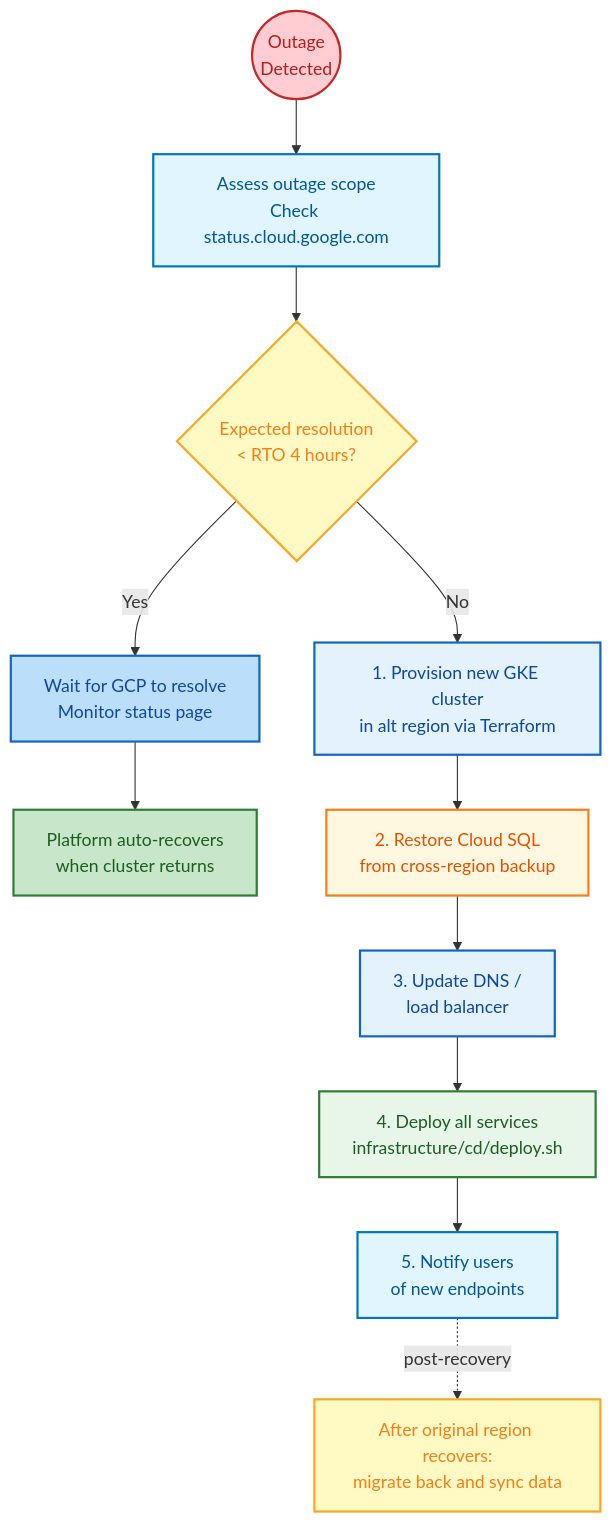
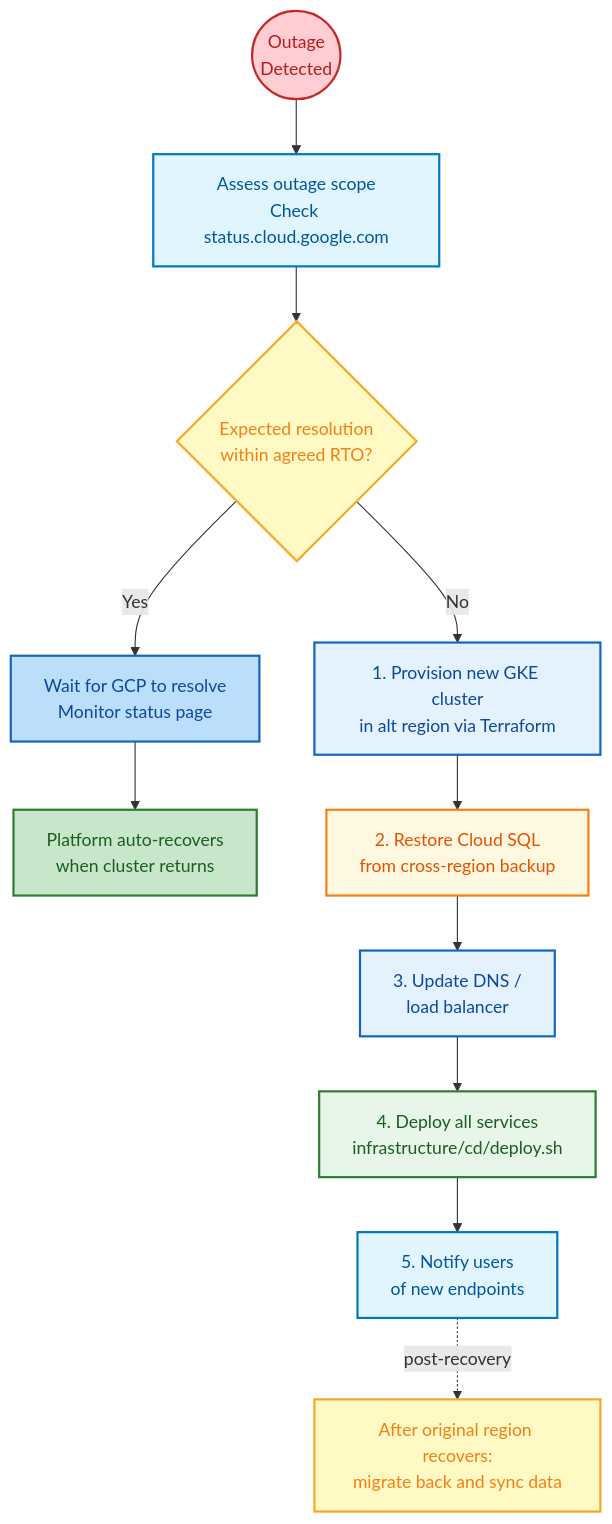
Before and after one commit to b4uharsha/newgraph: the fourth of 4 diagrams in documentation/src/content/docs/operations/disaster-recovery-runbook.md, drawn with Mermaid. The commit also changed other lines of this file and 88 other files, not shown here.

````diff
--- a/documentation/src/content/docs/operations/disaster-recovery-runbook.md
+++ b/documentation/src/content/docs/operations/disaster-recovery-runbook.md
@@ -533,34 +526,34 @@
 ```mermaid
 flowchart TD
     accTitle: GKE Failover Decision Tree
-    accDescr: Decision logic for GKE cluster outage — wait for recovery or failover to an alternative region based on expected resolution time versus the 4-hour RTO.
+    accDescr: Decision logic for GKE cluster outage — wait for recovery or failover to an alternative region based on expected resolution time versus the agreed RTO.
 
     START(("Outage<br>Detected")):::error
     CHECK["Assess outage scope<br>Check status.cloud.google.com"]:::process
-    DECIDE{"Expected resolution<br>< RTO 4 hours?"}:::warning
+    DECIDE{"Expected resolution<br>within agreed RTO?"}:::warning
 
     WAIT["Wait for GCP to resolve<br>Monitor status page"]:::info
     RECOVER["Platform auto-recovers<br>when cluster returns"]:::success
 
     TF["1. Provision new GKE cluster<br>in alt region via Terraform"]:::infra
     SQLR["2. Restore Cloud SQL<br>from cross-region backup"]:::data
     DNS["3. Update DNS /<br>load balancer"]:::infra
     DEPLOY["4. Deploy all services<br>infrastructure/cd/deploy.sh"]:::service
     NOTIFY["5. Notify users<br>of new endpoints"]:::process
 
     MIGBACK["After original region recovers:<br>migrate back and sync data"]:::warning
 
     START --> CHECK --> DECIDE
     DECIDE -->|Yes| WAIT --> RECOVER
     DECIDE -->|No| TF --> SQLR --> DNS --> DEPLOY --> NOTIFY
     NOTIFY -.->|post-recovery| MIGBACK
 
     classDef error fill:#FFCDD2,stroke:#C62828,stroke-width:2px,color:#B71C1C
     classDef process fill:#E1F5FE,stroke:#0277BD,stroke-width:2px,color:#01579B
     classDef warning fill:#FFF9C4,stroke:#F9A825,stroke-width:2px,color:#F57F17
     classDef info fill:#BBDEFB,stroke:#1565C0,stroke-width:2px,color:#0D47A1
     classDef success fill:#C8E6C9,stroke:#2E7D32,stroke-width:2px,color:#1B5E20
     classDef infra fill:#E3F2FD,stroke:#1565C0,stroke-width:2px,color:#0D47A1
     classDef data fill:#FFF8E1,stroke:#F57F17,stroke-width:2px,color:#E65100
     classDef service fill:#E8F5E9,stroke:#2E7D32,stroke-width:2px,color:#1B5E20
 ```
````
